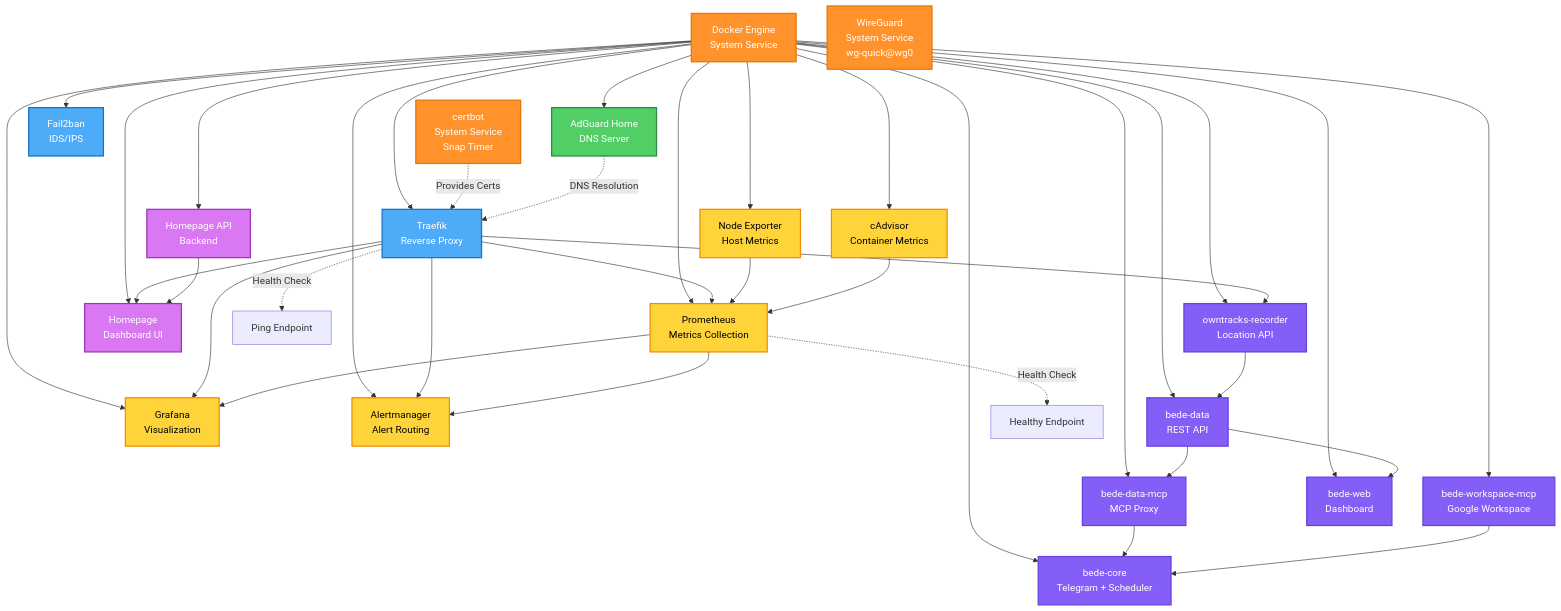
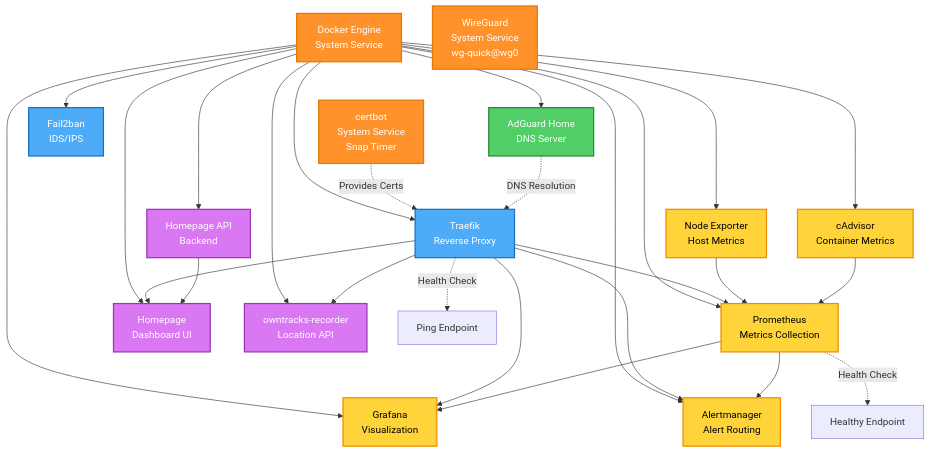
Before and after one commit to josephradford/home-server-stack: the third of 5 diagrams in ARCHITECTURE.md, drawn with Mermaid. The commit also changed other lines of this file and 4 other files, not shown here.

````diff
--- a/ARCHITECTURE.md
+++ b/ARCHITECTURE.md
@@ -360,17 +323,7 @@
     Homepage["Homepage
     Dashboard UI"]
 
-    %% AI / data / location services
-    BedeCore["bede-core
-    Telegram + Scheduler"]
-    BedeData["bede-data
-    REST API"]
-    DataMCP["bede-data-mcp
-    MCP Proxy"]
-    WorkspaceMCP["bede-workspace-mcp
-    Google Workspace"]
-    BedeWeb["bede-web
-    Dashboard"]
+    %% Location services
     OwnTracks["owntracks-recorder
     Location API"]
     %% Dependencies
@@ -384,11 +337,6 @@
     Docker --> Alertmanager
     Docker --> HomepageAPI
     Docker --> Homepage
-    Docker --> BedeCore
-    Docker --> BedeData
-    Docker --> DataMCP
-    Docker --> WorkspaceMCP
-    Docker --> BedeWeb
     Docker --> OwnTracks
 
     Traefik --> Grafana
@@ -403,11 +351,6 @@
     Prometheus --> Alertmanager
 
     HomepageAPI --> Homepage
-    OwnTracks --> BedeData
-    BedeData --> DataMCP
-    BedeData --> BedeWeb
-    DataMCP --> BedeCore
-    WorkspaceMCP --> BedeCore
 
     Certbot -.->|Provides Certs| Traefik
     AdGuard -.->|DNS Resolution| Traefik
@@ -421,12 +364,10 @@
     classDef core fill:#51cf66,stroke:#2b8a3e,stroke-width:2px,color:#fff
     classDef monitoring fill:#ffd43b,stroke:#f08c00,stroke-width:2px,color:#000
     classDef dashboard fill:#da77f2,stroke:#9c36b5,stroke-width:2px,color:#fff
-    classDef ai fill:#845ef7,stroke:#6741d9,stroke-width:2px,color:#fff
 
     class Docker,WireGuard,Certbot system
     class Traefik,Fail2ban network
     class AdGuard core
     class Prometheus,NodeExporter,CAdvisor,Grafana,Alertmanager monitoring
-    class HomepageAPI,Homepage dashboard
-    class BedeCore,BedeData,DataMCP,WorkspaceMCP,BedeWeb,OwnTracks ai
+    class HomepageAPI,Homepage,OwnTracks dashboard
 ```
````
